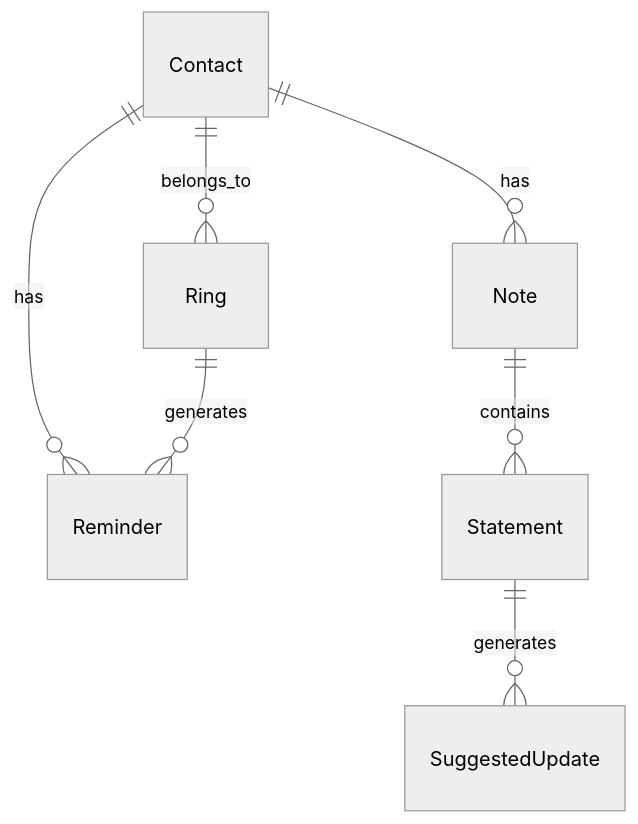
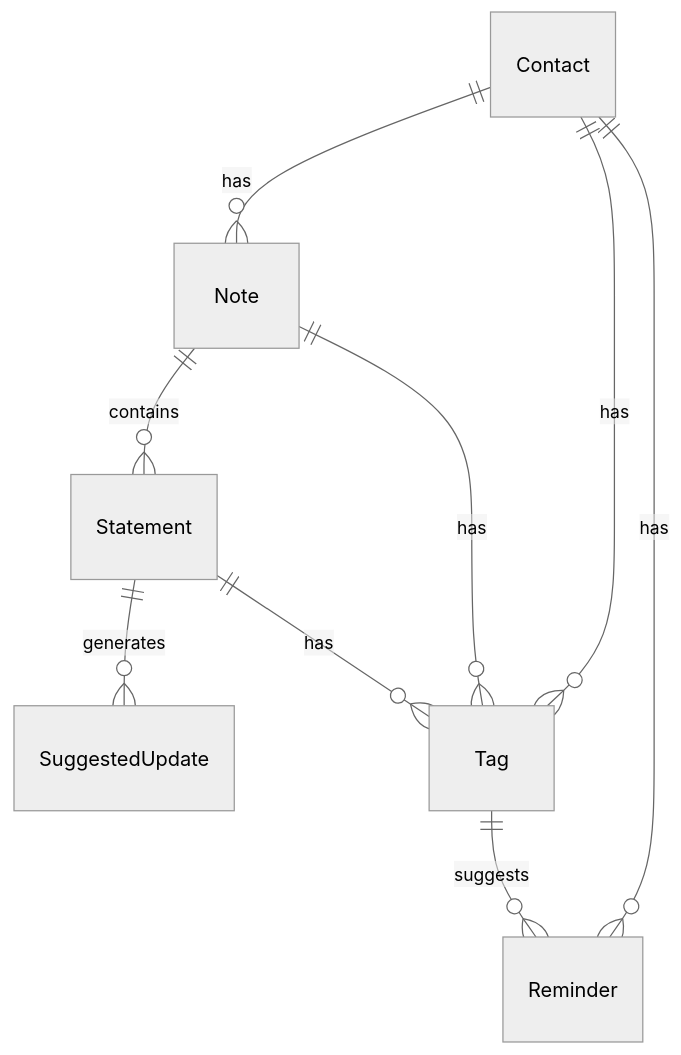
Before and after one commit to axjasf/NeverEatAlone: the second of 3 diagrams in docs/brd/modules/contact_management/technical/architecture.md, drawn with Mermaid (neutral theme). The commit also changed other lines of this file and 8 other files, not shown here.

````diff
--- a/docs/brd/modules/contact_management/technical/architecture.md
+++ b/docs/brd/modules/contact_management/technical/architecture.md
@@ -53,9 +53,11 @@
 ```mermaid
 erDiagram
     Contact ||--o{ Note : has
-    Contact ||--o{ Ring : belongs_to
+    Contact ||--o{ Tag : has
     Contact ||--o{ Reminder : has
-    Ring ||--o{ Reminder : generates
+    Tag ||--o{ Reminder : suggests
     Note ||--o{ Statement : contains
     Statement ||--o{ SuggestedUpdate : generates
+    Statement ||--o{ Tag : has
+    Note ||--o{ Tag : has
 ```
````
